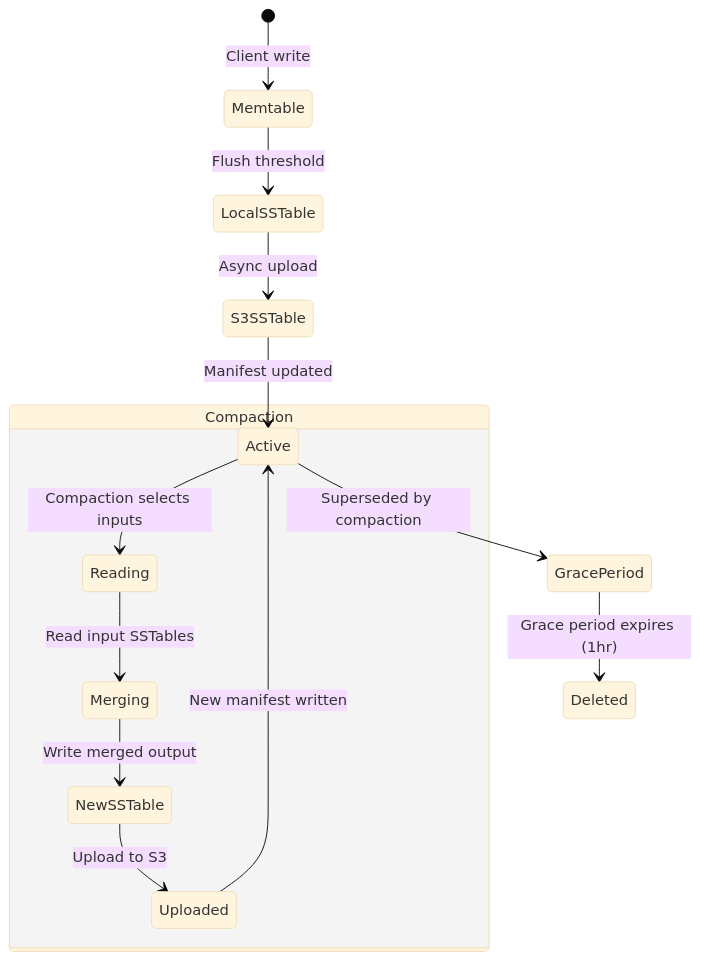
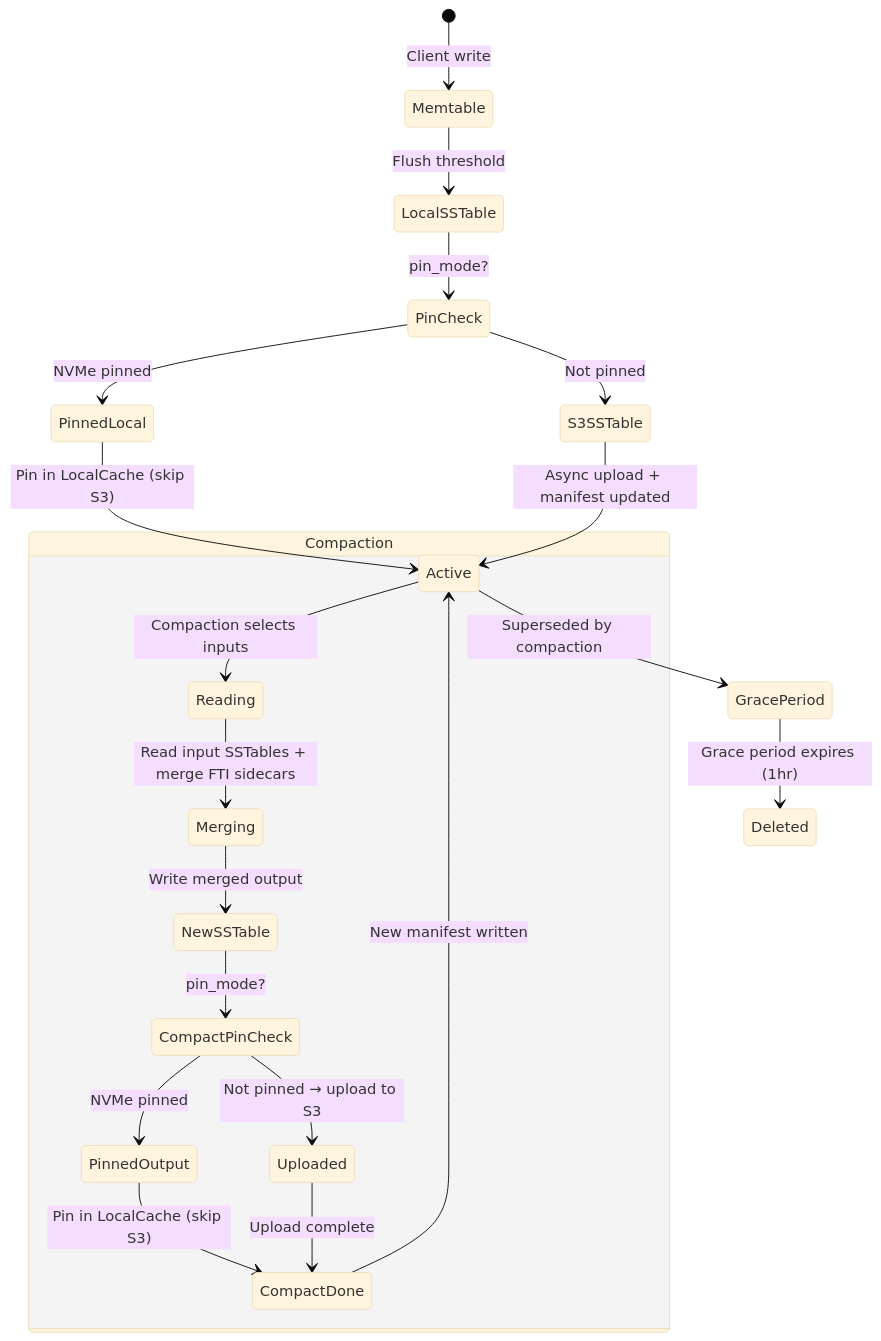
One commit to ferrosadb/ferrosa changed the ninth of 20 diagrams in specs/data-flow.md. Above: the diagram before and after it, drawn with Mermaid (base theme). The commit also changed other lines of this file and 20 other files, not shown here.

First line of the commit message:
feat: FTS query extensions, FTI flush integration, compaction pin check, docs update

````diff
--- a/specs/data-flow.md
+++ b/specs/data-flow.md
@@ -265,18 +278,29 @@
 ```mermaid
 stateDiagram-v2
     [*] --> Memtable: Client write
     Memtable --> LocalSSTable: Flush threshold
-    LocalSSTable --> S3SSTable: Async upload
-    S3SSTable --> Active: Manifest updated
+    LocalSSTable --> PinCheck: pin_mode?
+
+    state PinCheck <<choice>>
+    PinCheck --> PinnedLocal: NVMe pinned
+    PinCheck --> S3SSTable: Not pinned
+
+    PinnedLocal --> Active: Pin in LocalCache (skip S3)
+    S3SSTable --> Active: Async upload + manifest updated
 
     state "Compaction" as Compact {
         Active --> Reading: Compaction selects inputs
-        Reading --> Merging: Read input SSTables
+        Reading --> Merging: Read input SSTables + merge FTI sidecars
         Merging --> NewSSTable: Write merged output
-        NewSSTable --> Uploaded: Upload to S3
+        NewSSTable --> CompactPinCheck: pin_mode?
+        state CompactPinCheck <<choice>>
+        CompactPinCheck --> PinnedOutput: NVMe pinned
+        CompactPinCheck --> Uploaded: Not pinned → upload to S3
+        PinnedOutput --> CompactDone: Pin in LocalCache (skip S3)
+        Uploaded --> CompactDone: Upload complete
     }
 
-    Uploaded --> Active: New manifest written
+    CompactDone --> Active: New manifest written
     Active --> GracePeriod: Superseded by compaction
     GracePeriod --> Deleted: Grace period expires (1hr)
 ```
````
